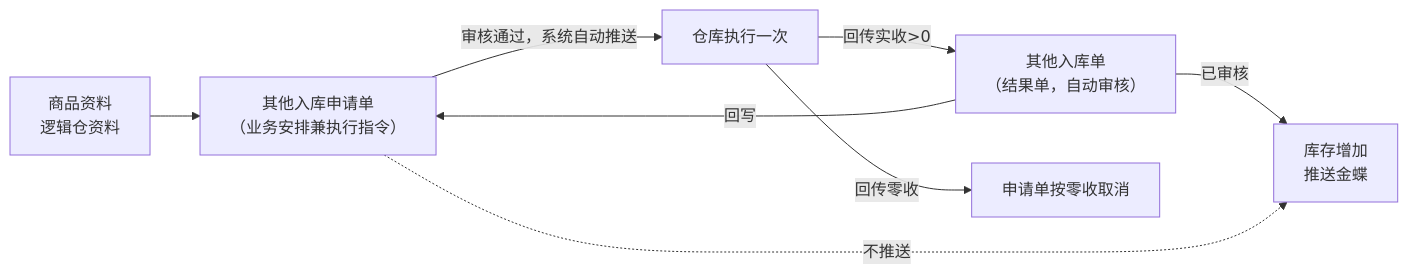
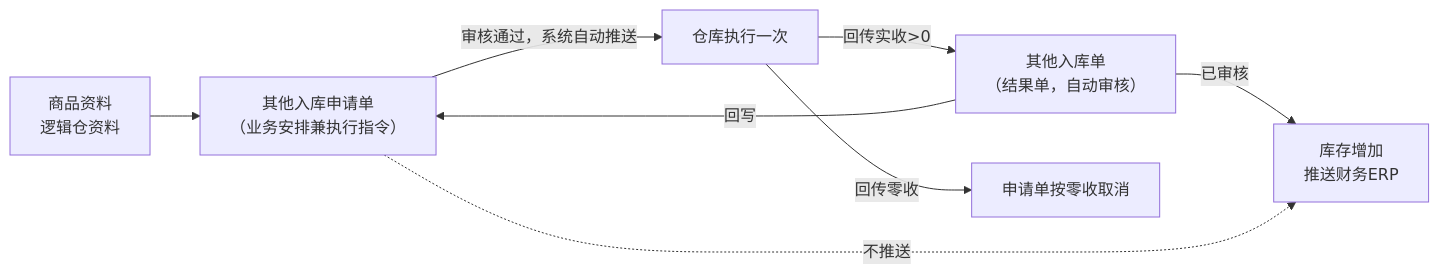
One commit to TopVitamin/QS-ERP-Project changed the first of 2 diagrams in 04-产品设计方案/20260812-ERP项目第一版框架搭建/需求文档PRD/7-库存管理/其他入库申请单/其他入库申请单主PRD.md. Above: the diagram before and after it, drawn with Mermaid. The commit also changed other lines of this file and 354 other files, not shown here.

````diff
--- a/04-产品设计方案/20260812-ERP项目第一版框架搭建/需求文档PRD/7-库存管理/其他入库申请单/其他入库申请单主PRD.md
+++ b/04-产品设计方案/20260812-ERP项目第一版框架搭建/需求文档PRD/7-库存管理/其他入库申请单/其他入库申请单主PRD.md
@@ -59,10 +63,10 @@
 ```mermaid
 flowchart LR
     A["商品资料<br/>逻辑仓资料"] --> B["其他入库申请单<br/>（业务安排兼执行指令）"]
     B -->|"审核通过，系统自动推送"| C["仓库执行一次"]
     C -->|"回传实收>0"| D["其他入库单<br/>（结果单，自动审核）"]
     C -->|"回传零收"| E["申请单按零收取消"]
     D -->|"回写"| B
-    D -->|"已审核"| F["库存增加<br/>推送金蝶"]
+    D -->|"已审核"| F["库存增加<br/>推送财务ERP"]
     B -.->|"不推送"| F
 ```
````
